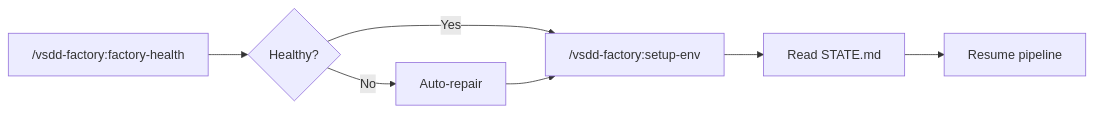
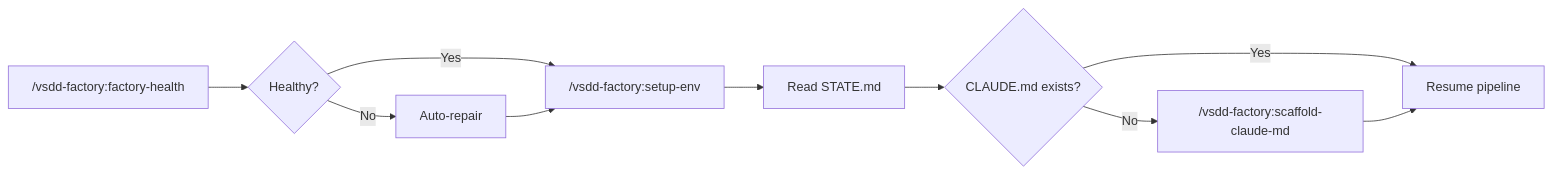
Before and after one commit to drbothen/vsdd-factory: the diagram in docs/guide/getting-started.md, drawn with Mermaid. The commit also changed other lines of this file, not shown here.

Commit message:
docs: add scaffold-claude-md to getting-started guide

````diff
--- a/docs/guide/getting-started.md
+++ b/docs/guide/getting-started.md
@@ -102,9 +112,12 @@
 ```mermaid
 graph LR
     A["/vsdd-factory:factory-health"] --> B{Healthy?}
     B -->|Yes| C["/vsdd-factory:setup-env"]
     B -->|No| D["Auto-repair"]
     D --> C
     C --> E["Read STATE.md"]
-    E --> F["Resume pipeline"]
+    E --> G{CLAUDE.md exists?}
+    G -->|Yes| F["Resume pipeline"]
+    G -->|No| H["/vsdd-factory:scaffold-claude-md"]
+    H --> F
 ```
````
